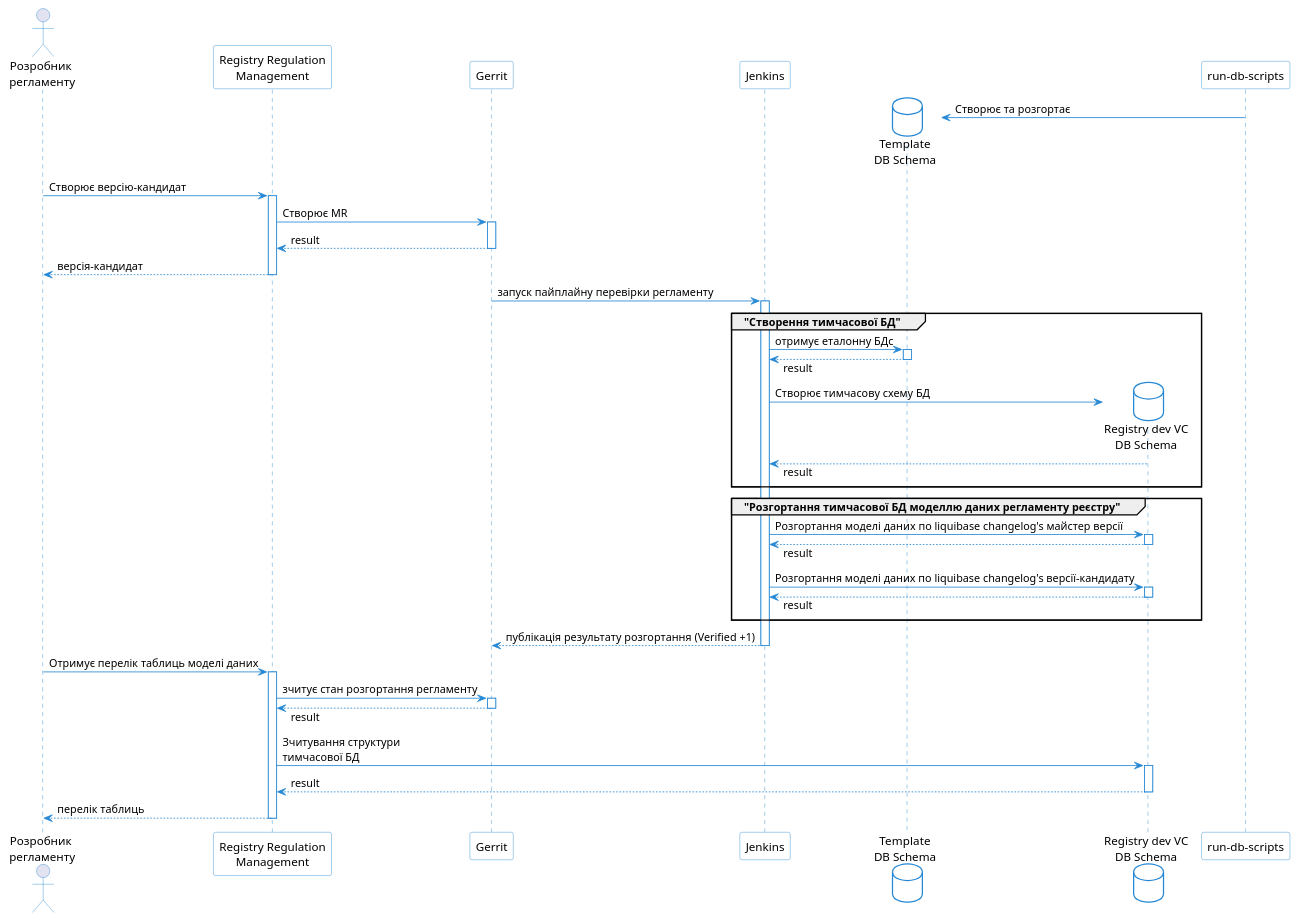
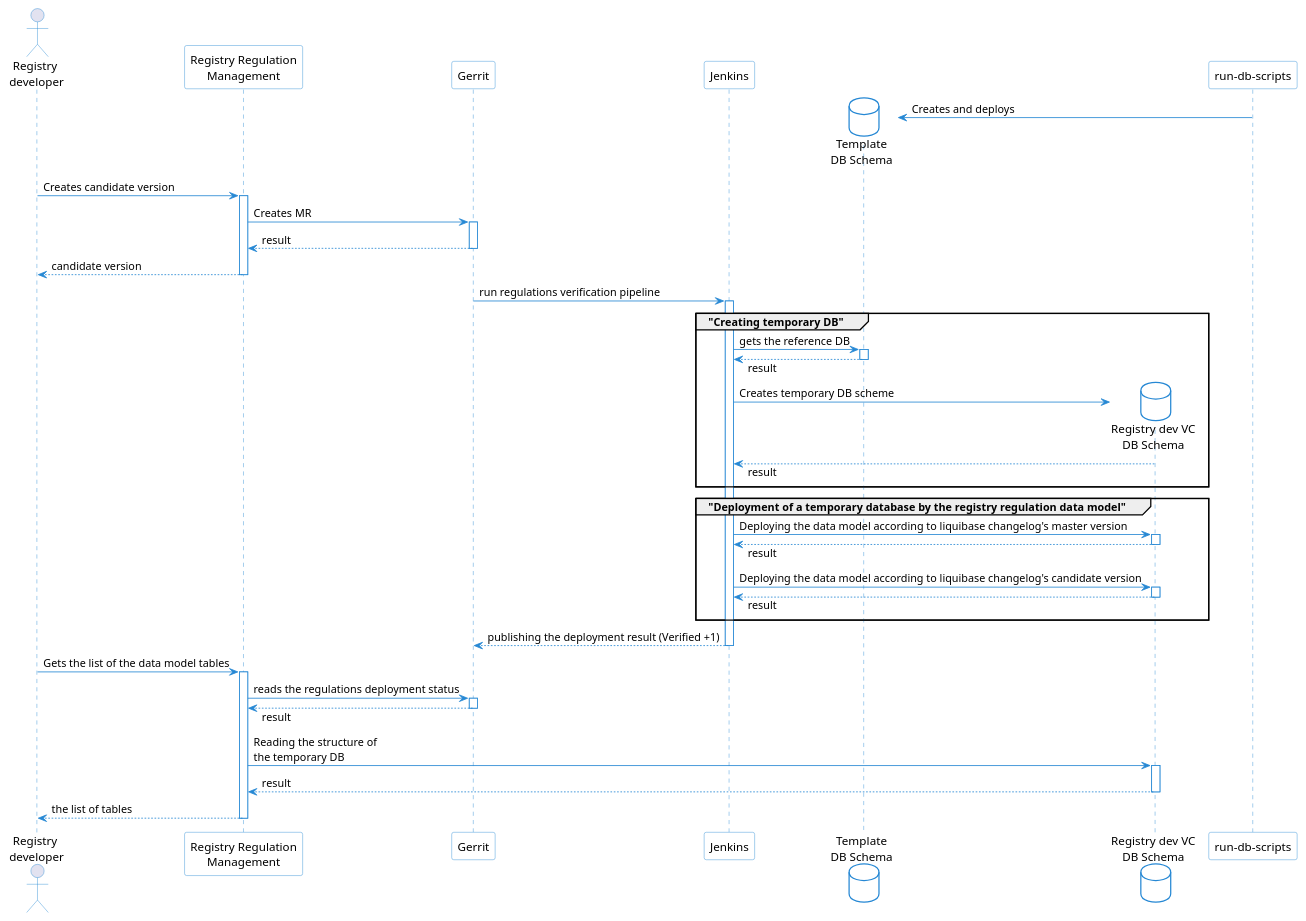
Before and after one commit to epam/edp-ddm-architecture: the diagram in docs/ua/modules/arch/partials/architecture/registry/administrative/regulation-management/admin-portal/data-model-version-candidates/data-model-version-candidate-create-sequence.puml, drawn with PlantUML. The commit also changed 3 other files, not shown here.

Commit message:
[EDP-DDM-27642] Translated data-model-version-candidate doc

```diff
--- a/docs/ua/modules/arch/partials/architecture/registry/administrative/regulation-management/admin-portal/data-model-version-candidates/data-model-version-candidate-create-sequence.puml
+++ b/docs/ua/modules/arch/partials/architecture/registry/administrative/regulation-management/admin-portal/data-model-version-candidates/data-model-version-candidate-create-sequence.puml
@@ -1,66 +1,66 @@
 @startuml
 
 autoactivate on
 
 skinparam shadowing false
 skinparam DatabaseBackgroundColor white
 skinparam DatabaseBorderColor #2688d4
 skinparam QueueBackgroundColor white
 skinparam QueueBorderColor #2688d4
 skinparam NoteBackgroundColor white
 skinparam NoteBorderColor #2688d4
 skinparam sequence {
     ArrowColor #2688d4
     ActorBorderColor #2688d4
     LifeLineBorderColor #2688d4
     ParticipantBorderColor #2688d4
     ParticipantBackgroundColor white
     BoxBorderColor #2688d4
     BoxBackgroundColor white
 }
 
 skinparam responseMessageBelowArrow true
 
-actor "Розробник\n регламенту" as Dev
+actor "Registry\n developer" as Dev
 
 participant "Registry Regulation\nManagement" as rrm
 participant "Gerrit" as gerrit
 participant "Jenkins" as jenkins
 database "Template\nDB Schema" as TemplateDB
 database "Registry dev VC\nDB Schema" as VCTemplateDB
 participant "run-db-scripts" as OkdJob
 
-OkdJob -> TemplateDB ** : Створює та розгортає
+OkdJob -> TemplateDB ** : Creates and deploys
 
-Dev -> rrm: Створює версію-кандидат
-  rrm -> gerrit: Створює MR
+Dev -> rrm: Creates candidate version
+  rrm -> gerrit: Creates MR
   gerrit --> rrm: result
-rrm --> Dev: версія-кандидат
+rrm --> Dev: candidate version
 
-gerrit -> jenkins: запуск пайплайну перевірки регламенту
+gerrit -> jenkins: run regulations verification pipeline
 
-  group "Створення тимчасової БД"
-    jenkins -> TemplateDB: отримує еталонну БДc
+  group "Creating temporary DB"
+    jenkins -> TemplateDB: gets the reference DB
     jenkins <-- TemplateDB: result
-    jenkins -> VCTemplateDB ** : Створює тимчасову схему БД
+    jenkins -> VCTemplateDB ** : Creates temporary DB scheme
     jenkins <-- VCTemplateDB: result
   end group
 
-  group "Розгортання тимчасової БД моделлю даних регламенту реєстру"
-    jenkins -> VCTemplateDB: Розгортання моделі даних по liquibase changelog's майстер версії
+  group "Deployment of a temporary database by the registry regulation data model"
+    jenkins -> VCTemplateDB: Deploying the data model according to liquibase changelog's master version
     jenkins <-- VCTemplateDB: result
-    jenkins -> VCTemplateDB: Розгортання моделі даних по liquibase changelog's версії-кандидату
+    jenkins -> VCTemplateDB: Deploying the data model according to liquibase changelog's candidate version
     jenkins <-- VCTemplateDB: result
   end group
 
-jenkins --> gerrit: публікація результату розгортання (Verified +1)
+jenkins --> gerrit: publishing the deployment result (Verified +1)
 
-Dev -> rrm: Отримує перелік таблиць моделі даних
-  rrm -> gerrit: зчитує стан розгортання регламенту
+Dev -> rrm: Gets the list of the data model tables
+  rrm -> gerrit: reads the regulations deployment status
   rrm <-- gerrit: result
 
-  rrm -> VCTemplateDB: Зчитування структури\nтимчасової БД
+  rrm -> VCTemplateDB: Reading the structure of\nthe temporary DB
   VCTemplateDB --> rrm: result
-rrm --> Dev: перелік таблиць
+rrm --> Dev: the list of tables
 
 @enduml
```
